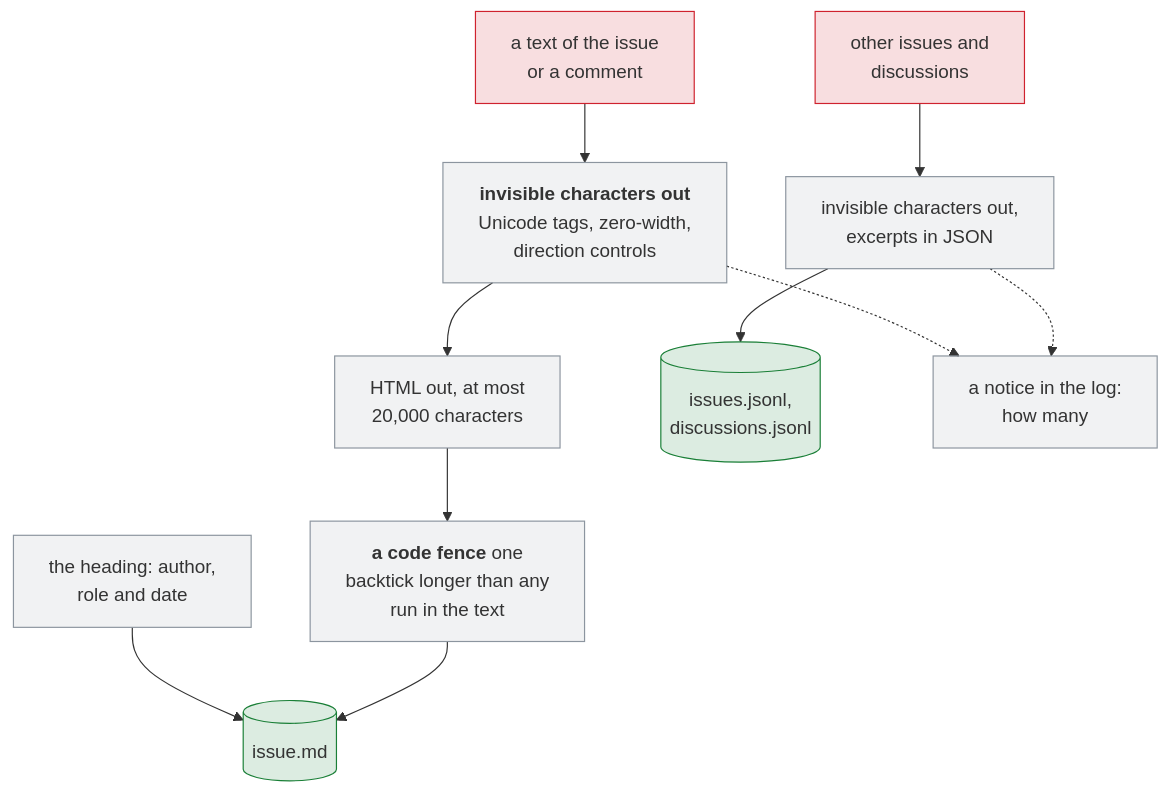
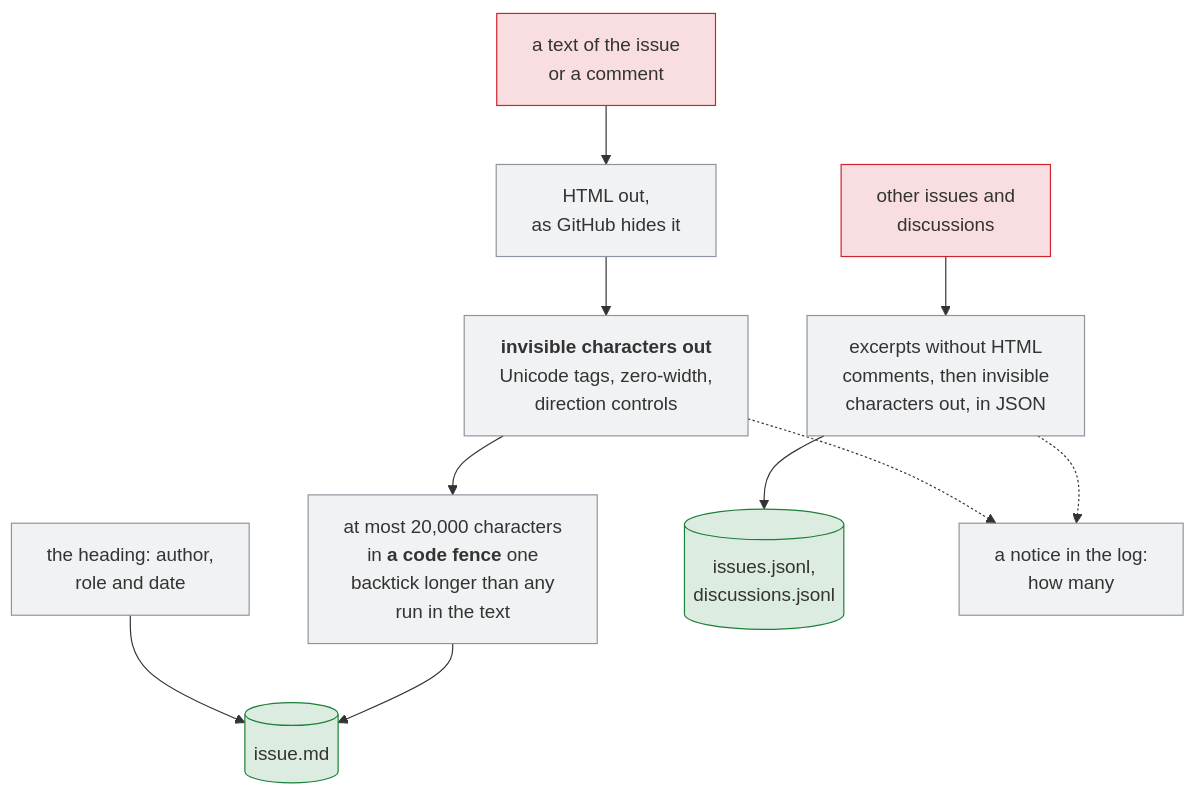
Before and after one commit to Dennis-Otto/issue-assistant: the third of 7 diagrams in docs/security.md, drawn with Mermaid. The commit also changed other lines of this file and 5 other files, not shown here.

First line of the commit message:
fix(security): take invisible characters out after the HTML that GitHub hides

````diff
--- a/docs/security.md
+++ b/docs/security.md
@@ -139,20 +139,20 @@
 ```mermaid
 flowchart TB
   accTitle: How the text of an issue and its comments reaches the AI
-  accDescr: Each text of the issue and its comments loses the characters that GitHub shows as nothing, then its HTML, and is cut off after 20,000 characters. It goes into a code fence with one backtick more than its longest run of backticks, so that no line of the text can end it. The heading above the fence, which only the script writes, names the author, the role and the date. The other issues and discussions lose their invisible characters too and become excerpts in JSON. A notice in the log counts the characters that were removed.
-  text["a text of the issue<br/>or a comment"] --> invisible["<b>invisible characters out</b><br/>Unicode tags, zero-width,<br/>direction controls"]
-  invisible --> html["HTML out, at most<br/>20,000 characters"]
-  html --> fence["<b>a code fence</b> one<br/>backtick longer than any<br/>run in the text"]
+  accDescr: Each text of the issue and its comments loses its HTML, as GitHub hides it, then the characters that GitHub shows as nothing, and is cut off after 20,000 characters. In this order, no invisible character can end an HTML comment that GitHub never ends. It goes into a code fence with one backtick more than its longest run of backticks, so that no line of the text can end it. The heading above the fence, which only the script writes, names the author, the role and the date. The other issues and discussions become excerpts without HTML comments, lose their invisible characters too and go into JSON. A notice in the log counts the characters that were removed.
+  text["a text of the issue<br/>or a comment"] --> html["HTML out,<br/>as GitHub hides it"]
+  html --> invisible["<b>invisible characters out</b><br/>Unicode tags, zero-width,<br/>direction controls"]
+  invisible --> fence["at most 20,000 characters<br/>in <b>a code fence</b> one<br/>backtick longer than any<br/>run in the text"]
   heading["the heading: author,<br/>role and date"] --> issue[("issue.md")]
   fence --> issue
-  others["other issues and<br/>discussions"] --> excerpts["invisible characters out,<br/>excerpts in JSON"]
+  others["other issues and<br/>discussions"] --> excerpts["excerpts without HTML<br/>comments, then invisible<br/>characters out, in JSON"]
   excerpts --> jsonl[("issues.jsonl,<br/>discussions.jsonl")]
   invisible -.-> notice["a notice in the log:<br/>how many"]
   excerpts -.-> notice
   classDef untrusted fill:#cf222e26,stroke:#cf222e
   classDef job fill:#8c959f1f,stroke:#8c959f
   classDef safe fill:#1a7f3726,stroke:#1a7f37
   class text,others untrusted
   class invisible,html,fence,heading,excerpts,notice job
   class issue,jsonl safe
 ```
````
